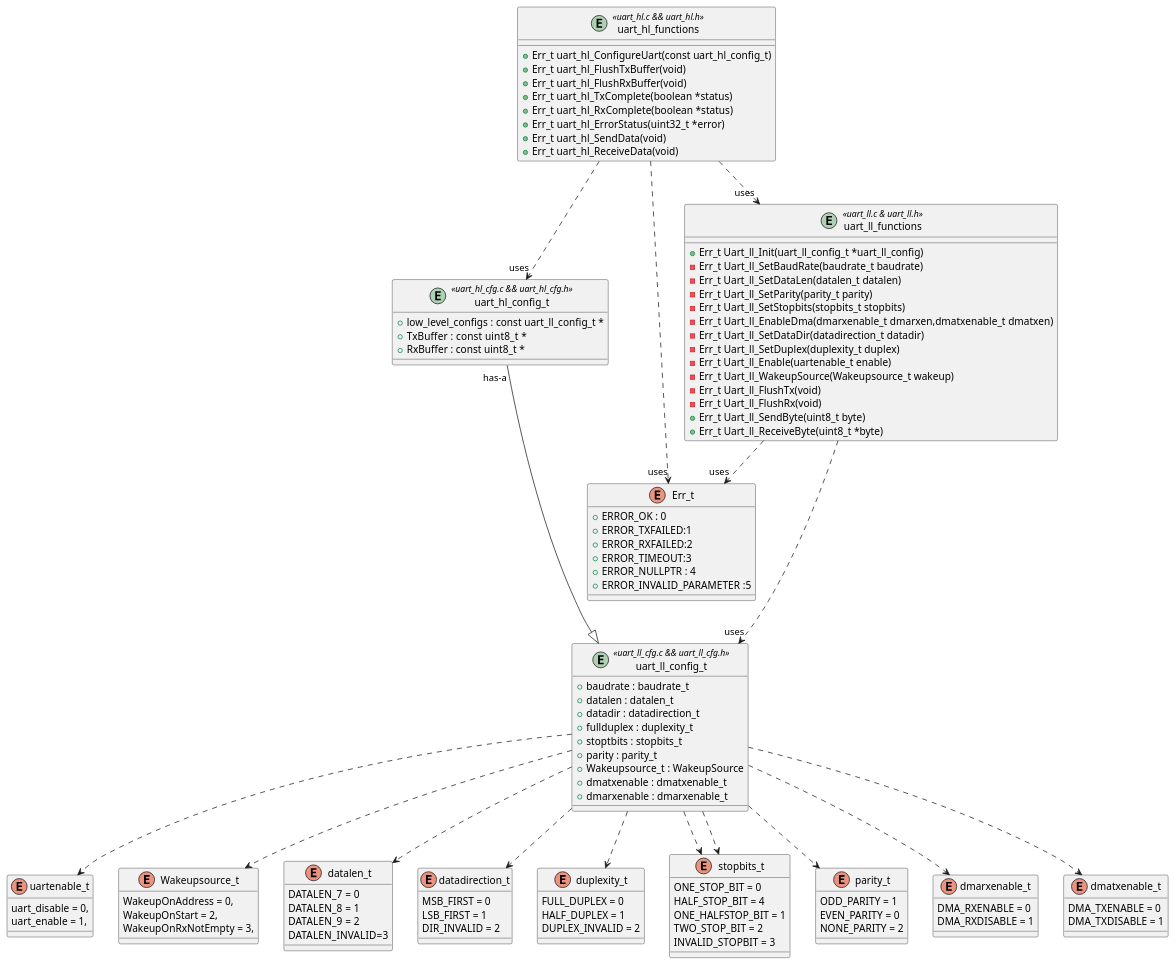
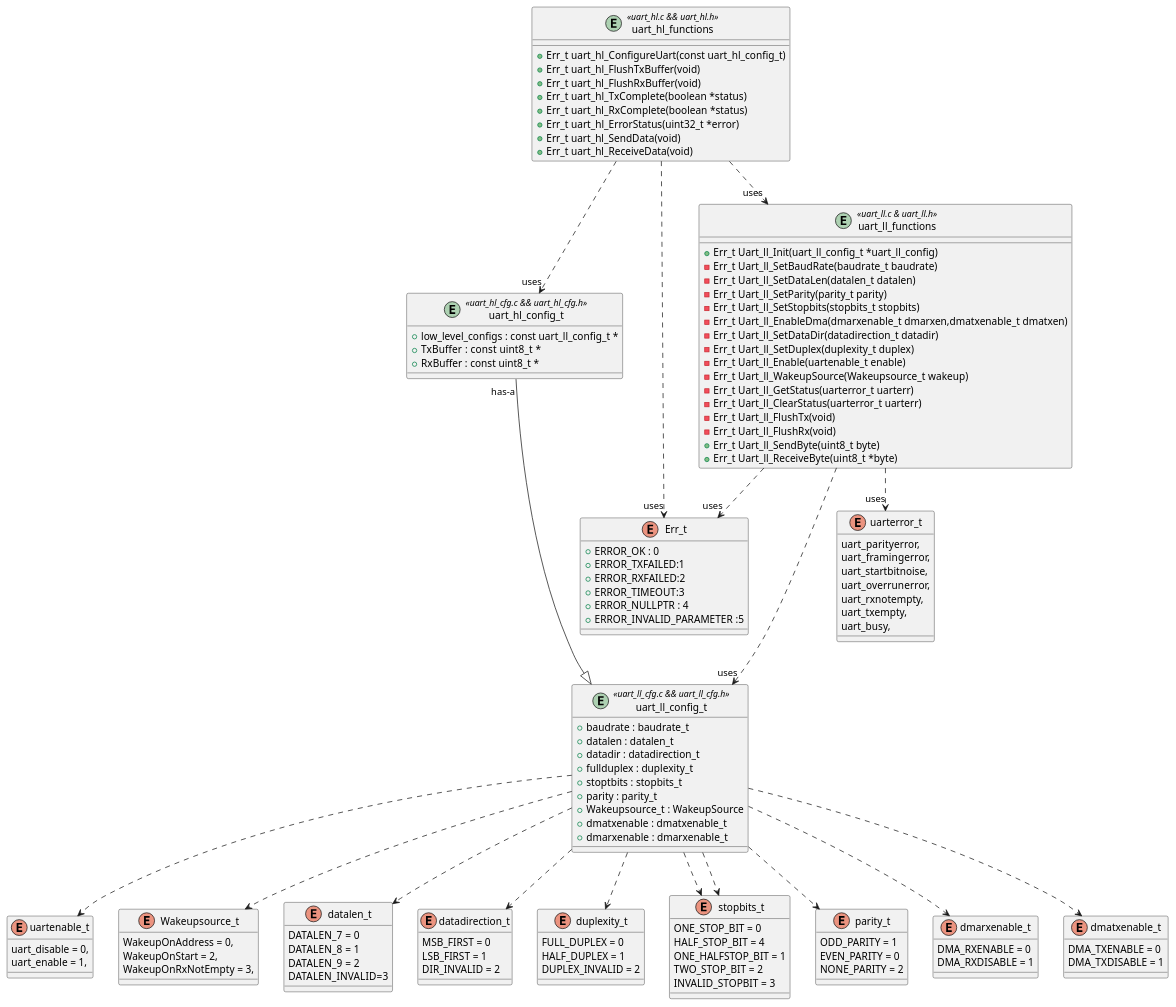
Before and after one commit to rkalyan95/stm32_ll_drivers: the diagram in stm32_ll_uxart/usart.wsd, drawn with PlantUML. The commit also changed 3 other files, not shown here.

```diff
--- a/stm32_ll_uxart/usart.wsd
+++ b/stm32_ll_uxart/usart.wsd
@@ -1,148 +1,161 @@
 @startuml
 
 enum Err_t
 {
     +ERROR_OK : 0
     +ERROR_TXFAILED:1
     +ERROR_RXFAILED:2
     +ERROR_TIMEOUT:3
     +ERROR_NULLPTR : 4
     +ERROR_INVALID_PARAMETER :5
 }
 
 entity "uart_ll_config_t" <<uart_ll_cfg.c && uart_ll_cfg.h>>
 {
     +baudrate : baudrate_t
     +datalen : datalen_t
     +datadir : datadirection_t
     +fullduplex : duplexity_t
     +stoptbits : stopbits_t
     +parity : parity_t
     +Wakeupsource_t : WakeupSource
     +dmatxenable : dmatxenable_t
     +dmarxenable : dmarxenable_t
 }
 
 entity "uart_hl_config_t" <<uart_hl_cfg.c && uart_hl_cfg.h>>
 {
     +low_level_configs : const uart_ll_config_t *
     +TxBuffer  : const uint8_t *
     +RxBuffer : const uint8_t *
 }
 
 
 
 entity "uart_ll_functions"  <<uart_ll.c & uart_ll.h>>
 {
     +Err_t Uart_ll_Init(uart_ll_config_t *uart_ll_config)
     -Err_t Uart_ll_SetBaudRate(baudrate_t baudrate)
     -Err_t Uart_ll_SetDataLen(datalen_t datalen)
     -Err_t Uart_ll_SetParity(parity_t parity)
     -Err_t Uart_ll_SetStopbits(stopbits_t stopbits)
     -Err_t Uart_ll_EnableDma(dmarxenable_t dmarxen,dmatxenable_t dmatxen)
     -Err_t Uart_ll_SetDataDir(datadirection_t datadir) 
     -Err_t Uart_ll_SetDuplex(duplexity_t duplex)
     -Err_t Uart_ll_Enable(uartenable_t enable)
     -Err_t Uart_ll_WakeupSource(Wakeupsource_t wakeup)
+    -Err_t Uart_ll_GetStatus(uarterror_t uarterr)
+    -Err_t Uart_ll_ClearStatus(uarterror_t uarterr)
     -Err_t Uart_ll_FlushTx(void)
     -Err_t Uart_ll_FlushRx(void)
     +Err_t Uart_ll_SendByte(uint8_t byte)
     +Err_t Uart_ll_ReceiveByte(uint8_t *byte)
 
 }
 
 
 entity "uart_hl_functions" <<uart_hl.c && uart_hl.h>>
 {
     +Err_t uart_hl_ConfigureUart(const uart_hl_config_t)
     +Err_t uart_hl_FlushTxBuffer(void)
     +Err_t uart_hl_FlushRxBuffer(void)
     +Err_t uart_hl_TxComplete(boolean *status)
     +Err_t uart_hl_RxComplete(boolean *status)
     +Err_t uart_hl_ErrorStatus(uint32_t *error)
     +Err_t uart_hl_SendData(void)
     +Err_t uart_hl_ReceiveData(void)
 }
 
+enum uarterror_t
+{
+    uart_parityerror,
+    uart_framingerror,
+    uart_startbitnoise,
+    uart_overrunerror,
+    uart_rxnotempty,
+    uart_txempty,
+    uart_busy,
+}
 enum uartenable_t
 {
     uart_disable = 0,
     uart_enable = 1,
 }
 
 enum Wakeupsource_t
 {
     WakeupOnAddress = 0,
     WakeupOnStart = 2,
     WakeupOnRxNotEmpty = 3,
 }
 
 enum datalen_t
 {
     DATALEN_7 = 0
     DATALEN_8 = 1
     DATALEN_9 = 2
     DATALEN_INVALID=3
 }
 
 enum datadirection_t
 {
     MSB_FIRST = 0
     LSB_FIRST = 1
     DIR_INVALID = 2
 }
 
 enum duplexity_t
 {
     FULL_DUPLEX = 0
     HALF_DUPLEX = 1
     DUPLEX_INVALID = 2
 }
 
 enum stopbits_t
 {
     ONE_STOP_BIT = 0
     HALF_STOP_BIT = 4
     ONE_HALFSTOP_BIT = 1
     TWO_STOP_BIT = 2
     INVALID_STOPBIT = 3
 }
 
 enum parity_t
 {
     ODD_PARITY = 1
     EVEN_PARITY = 0
     NONE_PARITY = 2
 }
 
 enum dmarxenable_t
 {
     DMA_RXENABLE = 0
     DMA_RXDISABLE = 1
 }
 
 enum dmatxenable_t
 {
     DMA_TXENABLE = 0
     DMA_TXDISABLE = 1   
 }
 
 
 uart_ll_functions ..> "uses" uart_ll_config_t
 uart_ll_functions ..> "uses" Err_t
+uart_ll_functions ..> "uses" uarterror_t
 uart_hl_functions ..> "uses" uart_ll_functions
 uart_hl_functions ..> "uses" uart_hl_config_t
 uart_hl_functions ..> "uses" Err_t
 uart_hl_config_t "has-a" ---|> uart_ll_config_t
 
 uart_ll_config_t ..> datalen_t
 uart_ll_config_t ..> datadirection_t
 uart_ll_config_t ..> stopbits_t
 uart_ll_config_t ..> duplexity_t
 uart_ll_config_t ..> uartenable_t
 uart_ll_config_t ..> dmatxenable_t
 uart_ll_config_t ..> dmarxenable_t
 uart_ll_config_t ..> Wakeupsource_t
 uart_ll_config_t ..> parity_t
 uart_ll_config_t ..> stopbits_t
 @enduml
```
